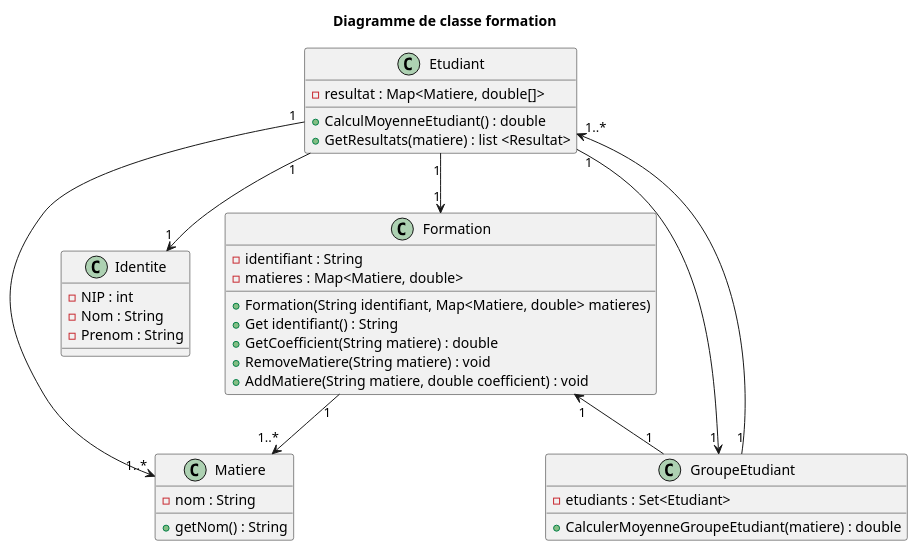
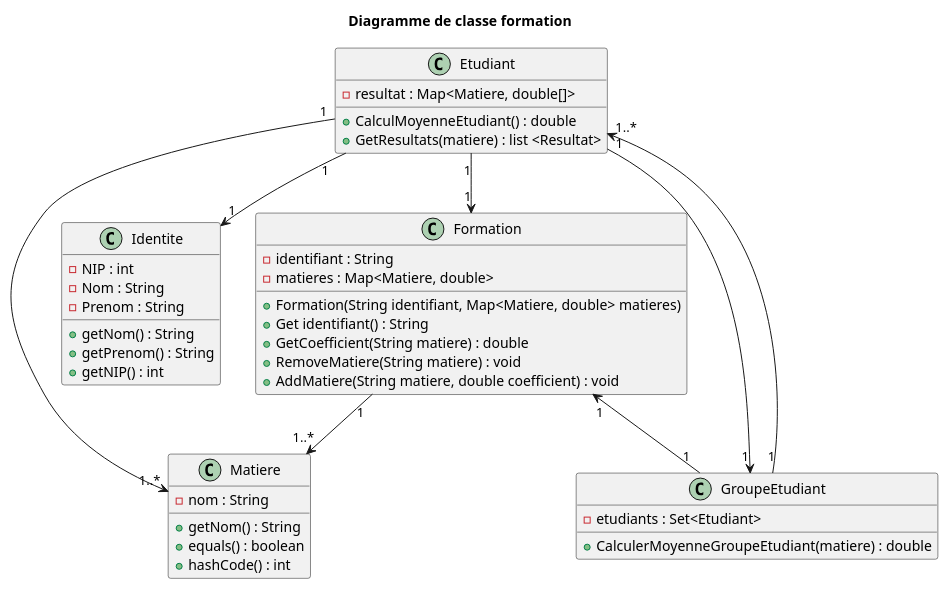
One commit to Baloo54/TpCollection changed the diagram in collection/src/main/java/resources/diagClasse.puml. Above: the diagram before and after it, drawn with PlantUML. The commit also changed 5 other files, not shown here.

```diff
--- a/collection/src/main/java/resources/diagClasse.puml
+++ b/collection/src/main/java/resources/diagClasse.puml
@@ -1,44 +1,49 @@
 @startuml diagramme de classe formation
 title Diagramme de classe formation
 class Etudiant {
     - resultat : Map<Matiere, double[]>
     + CalculMoyenneEtudiant() : double
     + GetResultats(matiere) : list <Resultat>
 }
 
 class Matiere {
     - nom : String
     + getNom() : String
+    + equals() : boolean
+    + hashCode() : int
 }
 
 class Identite {
     - NIP : int
     - Nom : String
     - Prenom : String
+    + getNom() : String
+    + getPrenom() : String
+    + getNIP() : int
 }
 
 class Formation {
     - identifiant : String
     - matieres : Map<Matiere, double>
     + Formation(String identifiant, Map<Matiere, double> matieres)
     + Get identifiant() : String
     + GetCoefficient(String matiere) : double
     + RemoveMatiere(String matiere) : void
     + AddMatiere(String matiere, double coefficient) : void
 }
 
 class GroupeEtudiant {
     - etudiants : Set<Etudiant>
     + CalculerMoyenneGroupeEtudiant(matiere) : double
 }
 
 Etudiant "1" --> "1" Identite
 Etudiant "1" --> "1..*" Matiere
 Etudiant "1" --> "1" Formation
 Formation "1" --> "1..*" Matiere
 Formation "1" <-- "1" GroupeEtudiant
 Etudiant "1" --> "1" GroupeEtudiant
 GroupeEtudiant "1" --> "1..*" Etudiant
 
 
 @enduml
```
